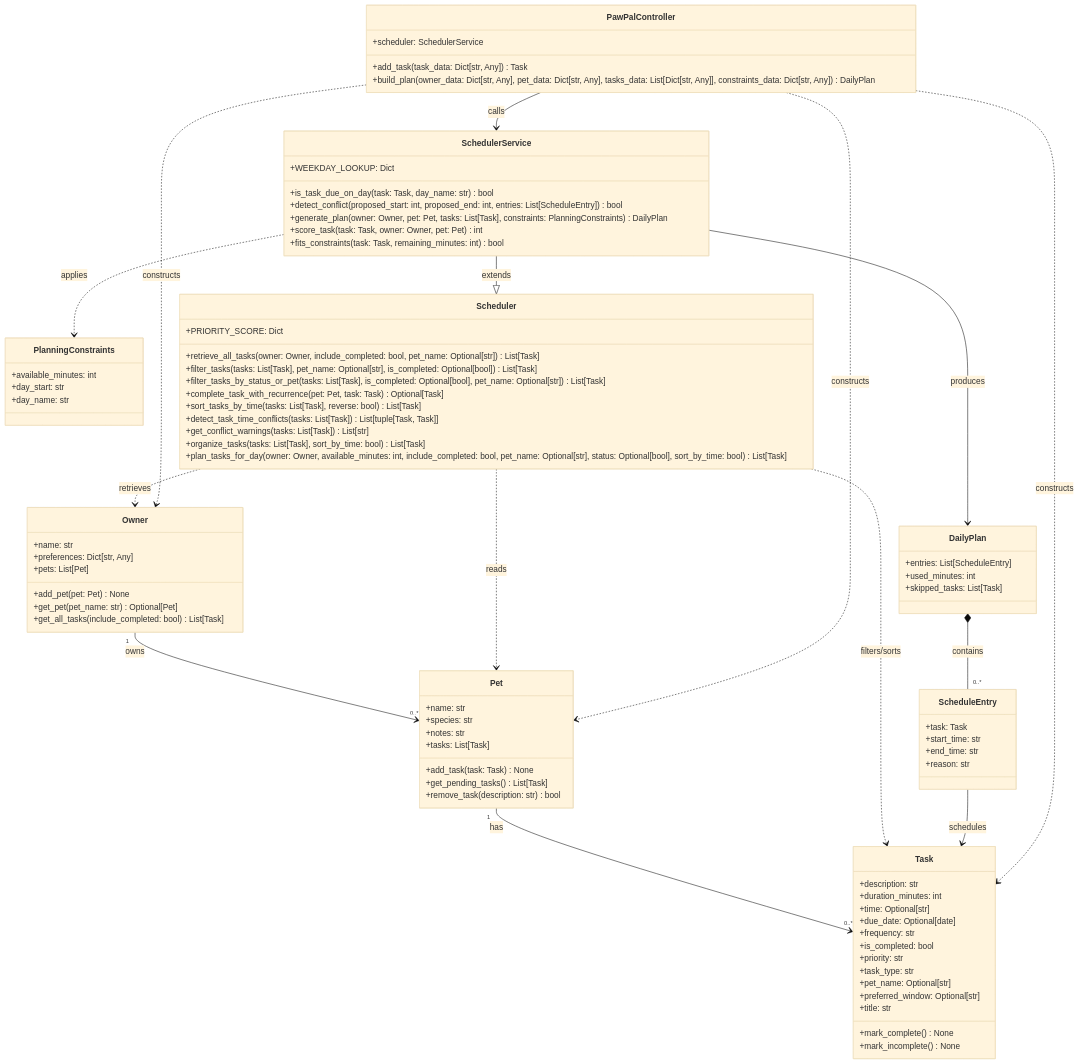
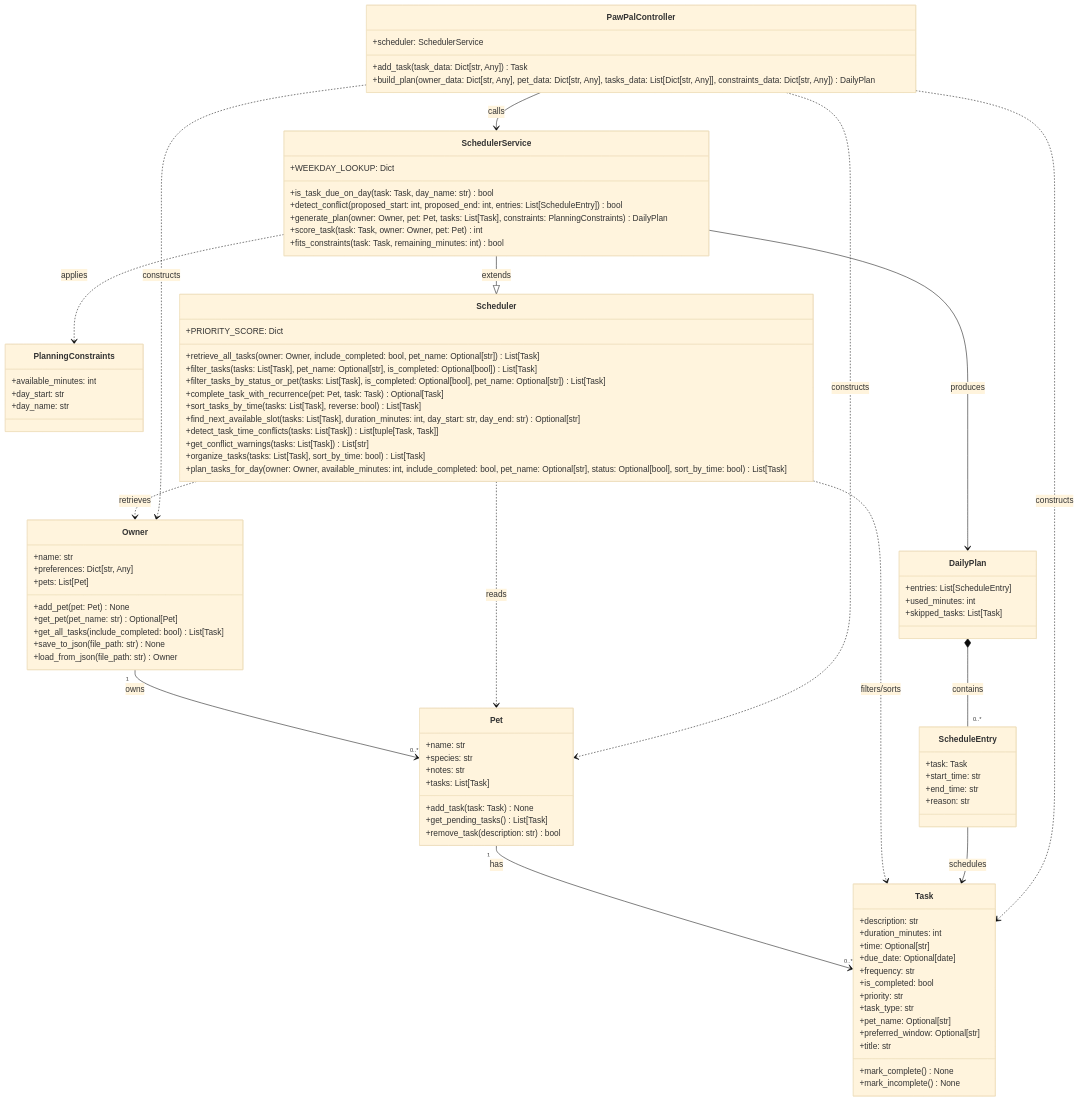
The second of 2 diagrams in reflection.md (Jessy-Ding/ai110-module2show-pawpal-starter), drawn with Mermaid (base theme) before and after one commit. The commit also changed 9 other files, not shown here.

```diff
--- a/reflection.md
+++ b/reflection.md
@@ -200,6 +200,8 @@
         +add_pet(pet: Pet) None
         +get_pet(pet_name: str) Optional[Pet]
         +get_all_tasks(include_completed: bool) List[Task]
+        +save_to_json(file_path: str) None
+        +load_from_json(file_path: str) Owner
     }
 
     class Pet {
@@ -254,6 +256,7 @@
         +filter_tasks_by_status_or_pet(tasks: List[Task], is_completed: Optional[bool], pet_name: Optional[str]) List[Task]
         +complete_task_with_recurrence(pet: Pet, task: Task) Optional[Task]
         +sort_tasks_by_time(tasks: List[Task], reverse: bool) List[Task]
+        +find_next_available_slot(tasks: List[Task], duration_minutes: int, day_start: str, day_end: str) Optional[str]
         +detect_task_time_conflicts(tasks: List[Task]) List[tuple[Task, Task]]
         +get_conflict_warnings(tasks: List[Task]) List[str]
         +organize_tasks(tasks: List[Task], sort_by_time: bool) List[Task]
```
